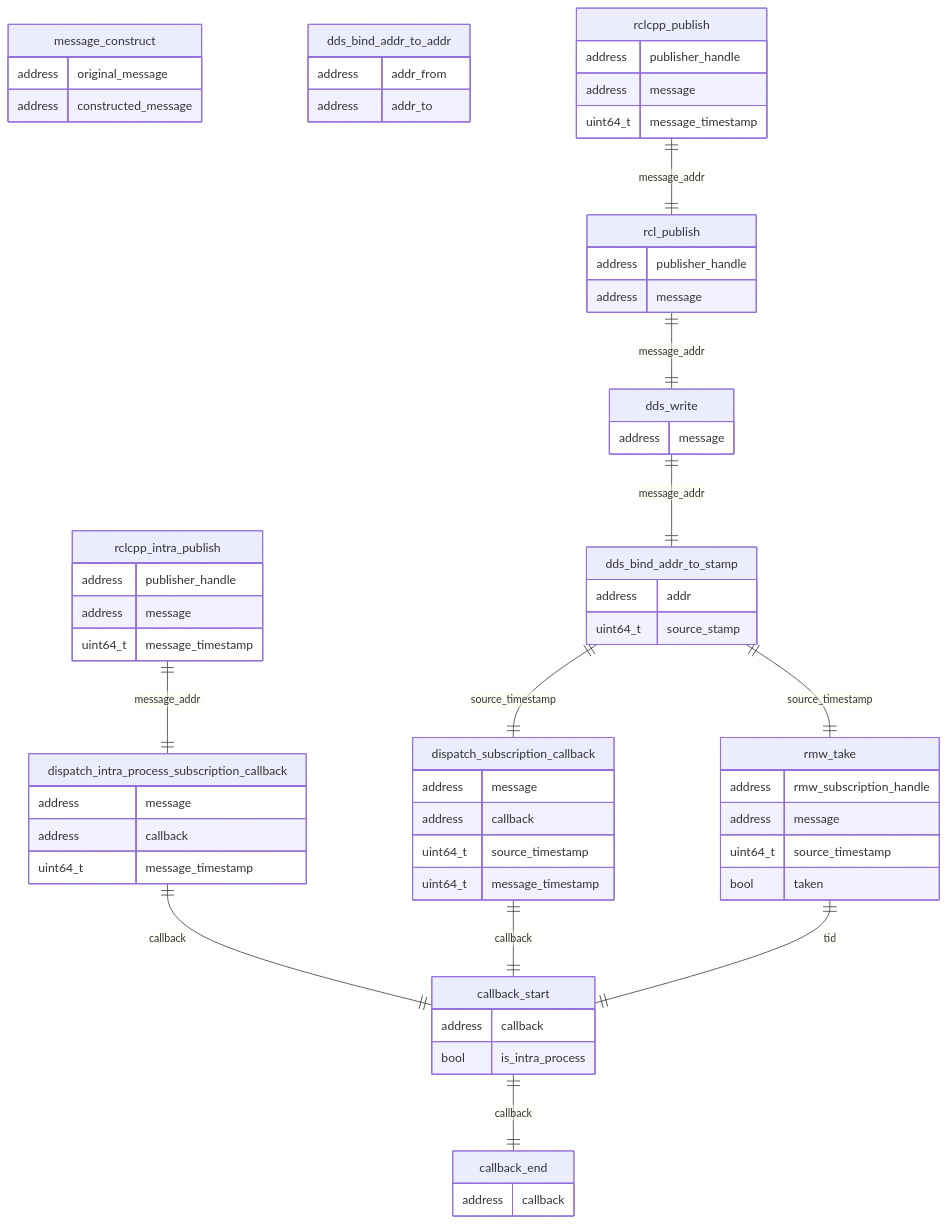
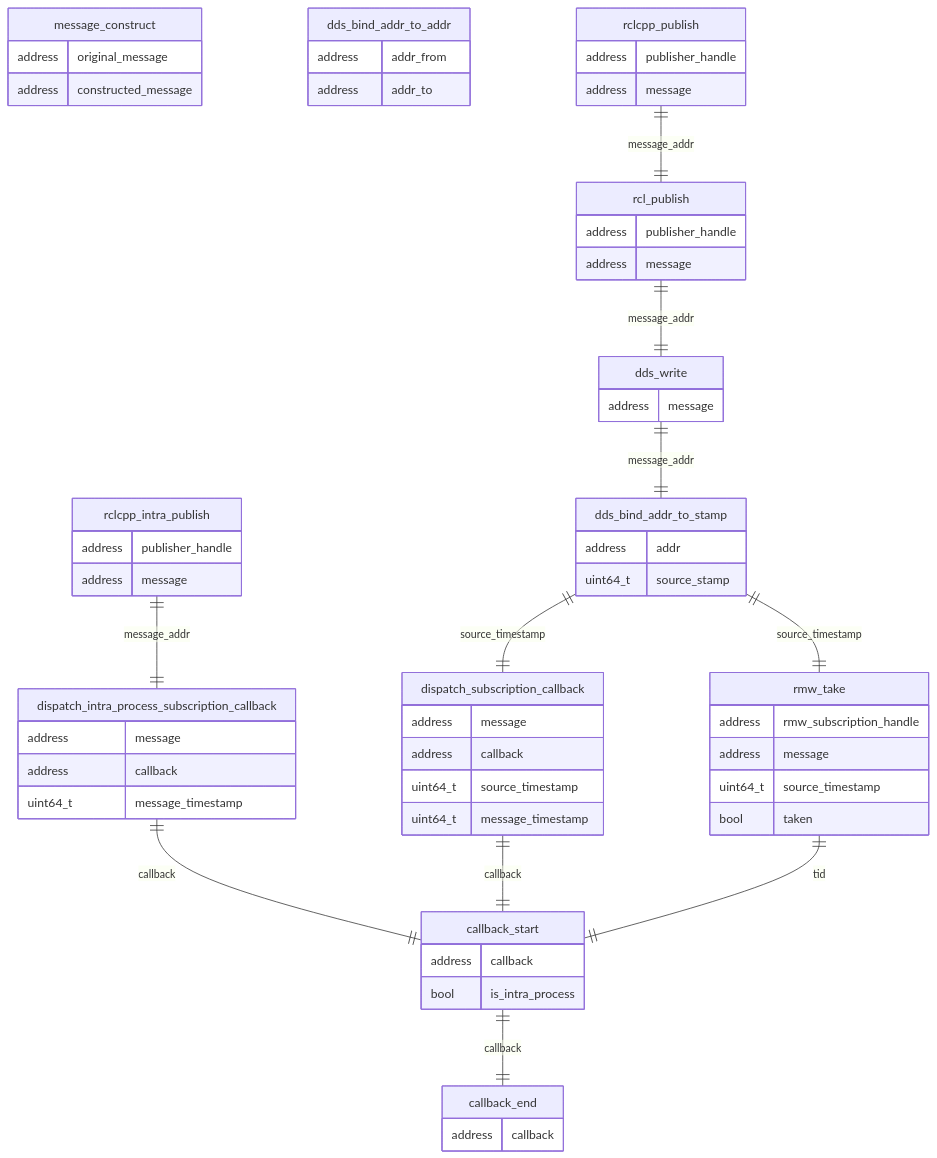
One commit to tier4/caret_doc changed the diagram in docs/design/trace_points/runtime_trace_points.md. Above: the diagram before and after it, drawn with Mermaid. The commit also changed other lines of this file and 1 other file, not shown here.

Commit message:
docs: remove message_timestamp from rclcpp_publish and rclcpp_intra_publish (#204)
* remove message_timestamp from rclcpp_publish and rclcpp_intra_publish

* added validation explanation

* ci(pre-commit): autofix

* fix typo

* change warning explanation

* minor change

* ci(pre-commit): autofix

---------

````diff
--- a/docs/design/trace_points/runtime_trace_points.md
+++ b/docs/design/trace_points/runtime_trace_points.md
@@ -3,83 +3,81 @@
 ```mermaid
 erDiagram
 
  callback_start{
  address callback
  bool is_intra_process
  }
 
  callback_end{
  address callback
  }
 
  message_construct{
  address original_message
  address constructed_message
  }
 
  dds_bind_addr_to_addr{
  address addr_from
  address addr_to
  }
 
  rclcpp_intra_publish{
  address publisher_handle
  address message
- uint64_t message_timestamp
  }
 
  rmw_take{
  address rmw_subscription_handle
  address message
  uint64_t source_timestamp
  bool taken
  }
 
  dispatch_subscription_callback{
  address message
  address callback
  uint64_t source_timestamp
  uint64_t message_timestamp
  }
 
  dispatch_intra_process_subscription_callback{
  address message
  address callback
  uint64_t message_timestamp
  }
 
  rcl_publish{
  address publisher_handle
  address message
  }
 
  rclcpp_publish{
  address publisher_handle
  address message
- uint64_t message_timestamp
  }
 
  dds_write{
  address message
  }
 
  dds_bind_addr_to_stamp{
  address addr
  uint64_t source_stamp
  }
 
     rclcpp_intra_publish ||--|| dispatch_intra_process_subscription_callback: message_addr
     rclcpp_publish ||--|| rcl_publish: message_addr
     rcl_publish ||--|| dds_write: message_addr
     dds_write ||--|| dds_bind_addr_to_stamp: message_addr
 
     dds_bind_addr_to_stamp ||--|| dispatch_subscription_callback: source_timestamp
 
     dds_bind_addr_to_stamp ||--|| rmw_take: source_timestamp
     rmw_take ||--|| callback_start: tid
     dispatch_intra_process_subscription_callback ||--|| callback_start: callback
     dispatch_subscription_callback ||--|| callback_start: callback
 
     callback_start ||--|| callback_end: callback
 
 ```
````
